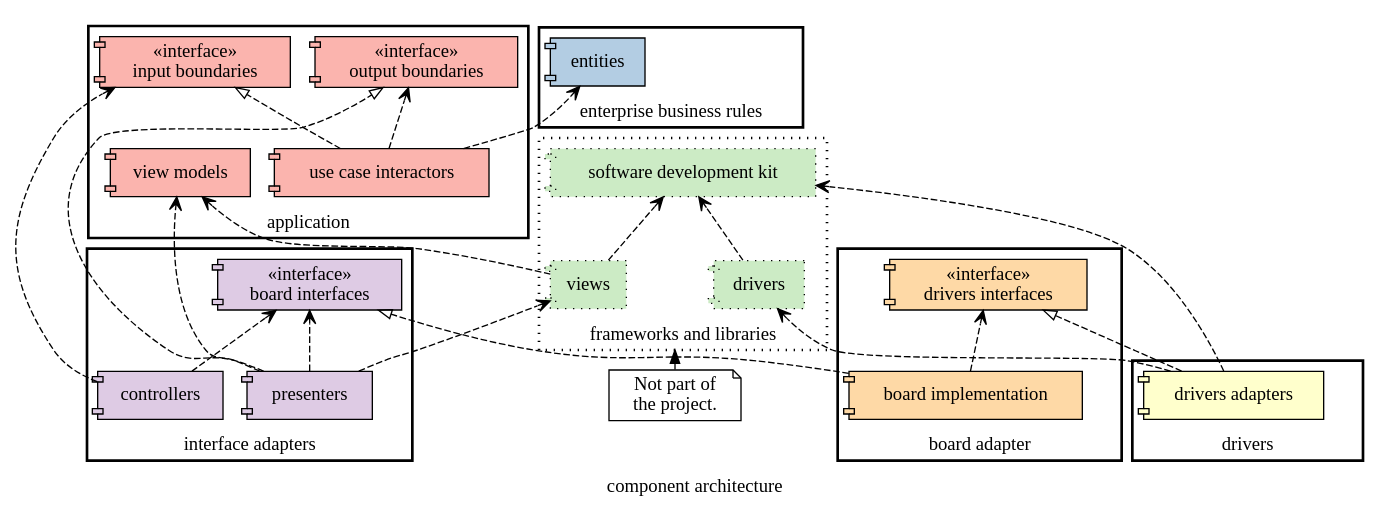
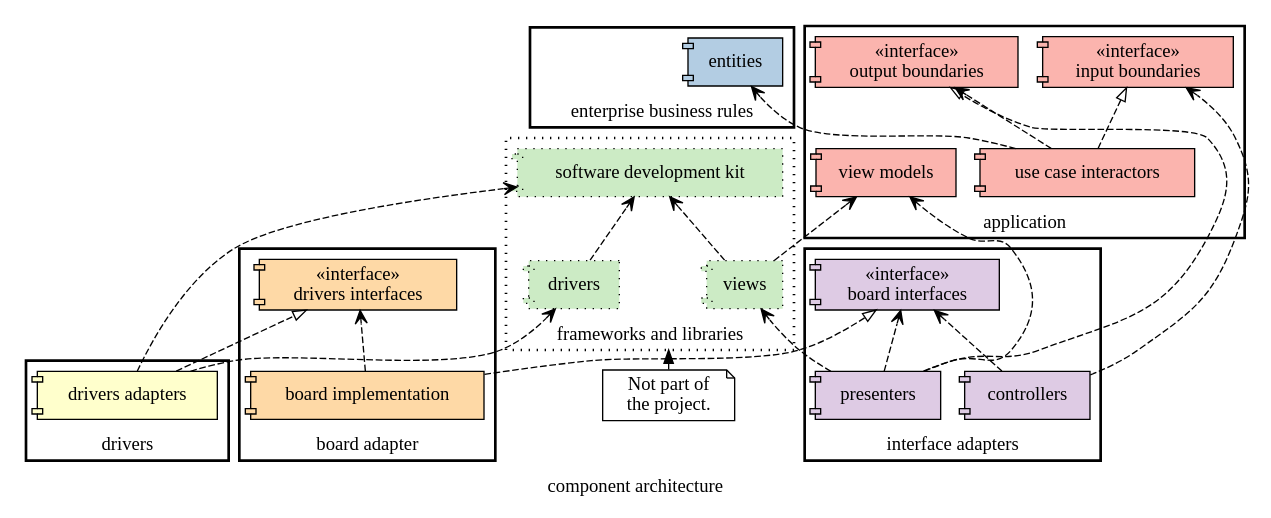
Before and after one commit to Task-Tracker-Systems/Task-Tracker-Device: the diagram in doc/layers.dot, drawn with Graphviz.

Commit message:
Remove unnecessary placeholder nodes.

```diff
--- a/doc/layers.dot
+++ b/doc/layers.dot
@@ -1,121 +1,116 @@
 digraph component_architecture {
   label="component architecture";
   compound=true;
   rankdir="BT";
   style="bold"
   
   node [shape="component"];
   node [colorscheme="pastel16"];
   
     {
         // package 'application'
         node [fillcolor="1", style="filled"];
         
         subgraph cluster_app {
             label = "application";
-            application [shape=point style=invis];
         
             output_boundaries [label="«interface»\n output boundaries"]
             use_cases [label="use case interactors"]
             input_boundaries [label="«interface»\n input boundaries"]
             view_models [label="view models"];
         }
     }
     
     {
         // package 'enterprise business rules'
         node [fillcolor="2", style="filled"];
         
         subgraph cluster_ebr {
             label = "enterprise business rules";
-            enterprise_business_rules [shape=point style=invis];
             
             entities;
         }
     }
   
     {
         // package 'frameworks and libraries'
         node [fillcolor="3", style="filled, dotted"];
         
         subgraph cluster_thirdparty {
             label = "frameworks and libraries";
             style="bold,dotted";
             thirdparty[shape=point style=invis];
            
             sdk [label="software development kit"]
             drivers [label="drivers"];
             views;
         }
     }
     
     n1 [label="Not part of\nthe project.", shape="note"]
     n1 -> thirdparty [lhead="cluster_thirdparty"];
   
     {
         // package 'interface adapters'
         node [fillcolor="4", style="filled"];
         
         subgraph cluster_ia {
             label = "interface adapters";
-            interface_adapters [shape=point style=invis];
         
             controllers, presenters;
             board_interfaces [label="«interface»\n board interfaces"];
         };
     }
   
     {
         // package 'board adapter'
         node [fillcolor="5", style="filled"];
         
         subgraph cluster_board {
             label = "board adapter";
-            board [shape=point style=invis];
         
             driver_interface [label="«interface»\n drivers interfaces"]
             board_impl [label="board implementation"]
         }
     }
   
     {
         // package 'interface adapters'
         node [fillcolor="6", style="filled"];
         
         subgraph cluster_drivers_adapters {
             label = "drivers";
-            c_drivers_adapters [shape=point style=invis];
             drivers_adapters [label="drivers adapters"];
         
         };
     }
 
   
     {
         // associations
         edge [style="dashed"];
         {
             // dependencies
             edge [arrowhead="vee"];
             use_cases -> entities;
             use_cases -> output_boundaries;
             presenters -> board_interfaces;
             presenters -> view_models;
             presenters -> views;
             controllers -> input_boundaries;
             controllers -> board_interfaces;
             board_impl -> driver_interface;
             views -> view_models;
             drivers_adapters -> drivers;
             {views, drivers, drivers_adapters} -> sdk;
         }
         {
             // realizations
             edge [arrowhead="onormal"];
             use_cases -> input_boundaries;
             presenters -> output_boundaries;
             board_impl -> board_interfaces;
             drivers_adapters -> driver_interface;
         }
     }
 }
```
